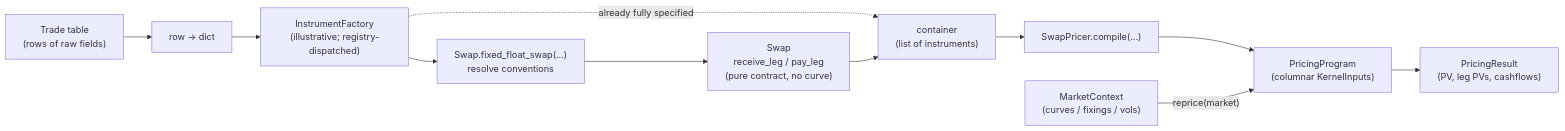
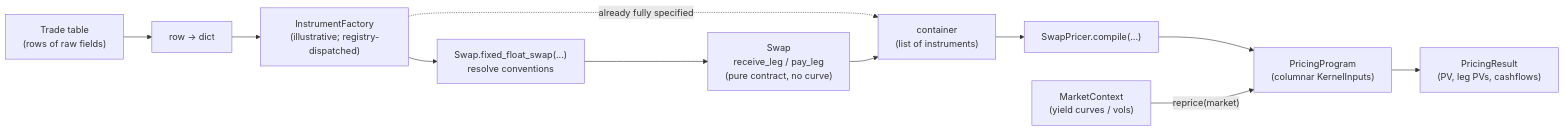
One commit to rudetastic13/quant-toolkit changed the first of 4 diagrams in docs/pricing_architecture.md. Above: the diagram before and after it, drawn with Mermaid. The commit also changed other lines of this file and 21 other files, not shown here.

````diff
--- a/docs/pricing_architecture.md
+++ b/docs/pricing_architecture.md
@@ -50,19 +50,19 @@
 ```mermaid
 flowchart LR
     T["Trade table<br/>(rows of raw fields)"]
     ROW["row -> dict"]
     FACT["InstrumentFactory<br/>(illustrative; registry-dispatched)"]
     SWAP["Swap.fixed_float_swap(...)<br/>resolve conventions"]
     RS["Swap<br/>receive_leg / pay_leg<br/>(pure contract, no curve)"]
     BOX["container<br/>(list of instruments)"]
     COMP["SwapPricer.compile(...)"]
     PP["PricingProgram<br/>(columnar KernelInputs)"]
-    MKT["MarketContext<br/>(curves / fixings / vols)"]
+    MKT["MarketContext<br/>(yield curves / vols)"]
     RES["PricingResult<br/>(PV, leg PVs, cashflows)"]
 
     T --> ROW --> FACT --> SWAP --> RS
     FACT -. "already fully specified" .-> BOX
     RS --> BOX --> COMP --> PP
     MKT -- "reprice(market)" --> PP
     PP --> RES
 ```
````
